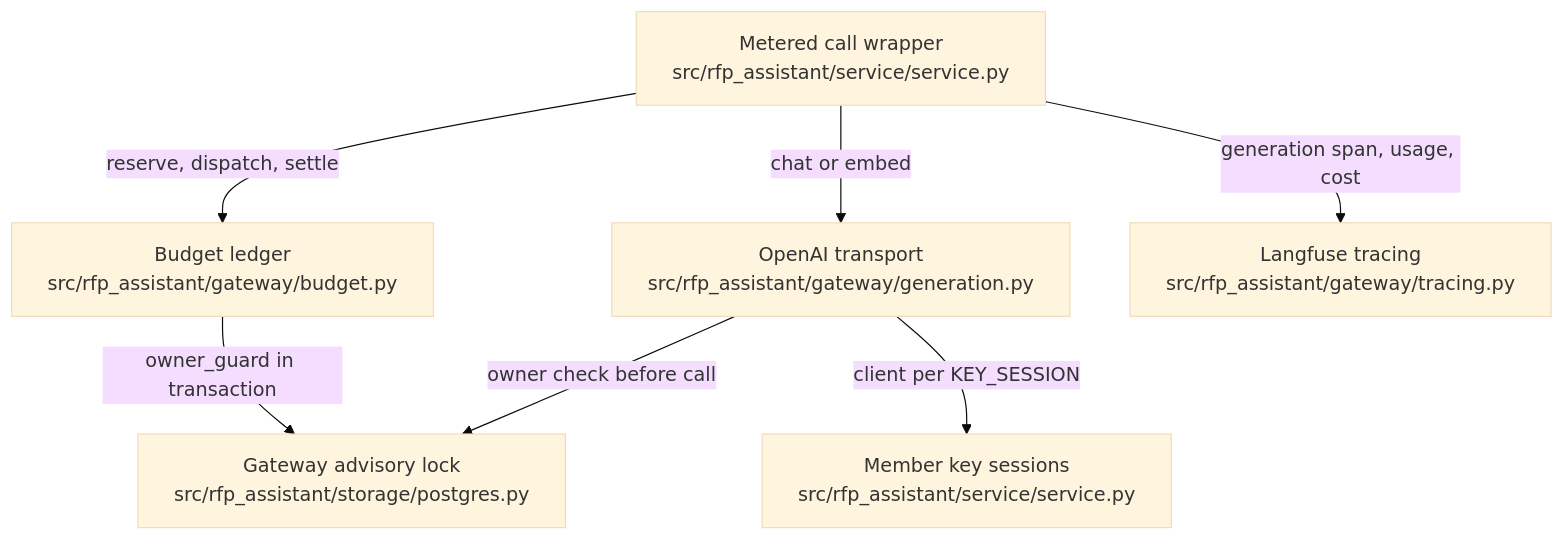
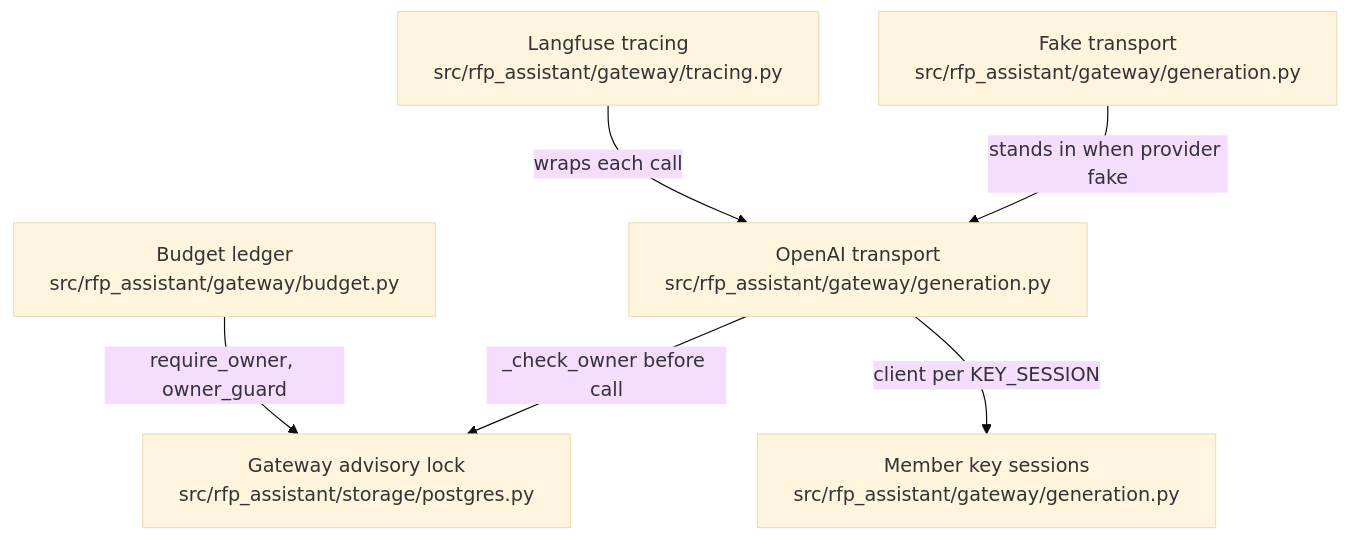
Before and after one commit to littleeeeebit/project-codeit-mid: the diagram in .omm/overall-architecture/paid-gateway/diagram.mmd, drawn with Mermaid (base theme). The commit also changed 398 other files, not shown here.

```diff
--- a/.omm/overall-architecture/paid-gateway/diagram.mmd
+++ b/.omm/overall-architecture/paid-gateway/diagram.mmd
@@ -1,13 +1,12 @@
 graph TD
-  metered-call["Metered call wrapper\nsrc/rfp_assistant/service/service.py"]
-  budget-ledger["Budget ledger\nsrc/rfp_assistant/gateway/budget.py"]
-  gateway-owner["Gateway advisory lock\nsrc/rfp_assistant/storage/postgres.py"]
-  openai-transport["OpenAI transport\nsrc/rfp_assistant/gateway/generation.py"]
-  key-sessions["Member key sessions\nsrc/rfp_assistant/service/service.py"]
+  ledger["Budget ledger\nsrc/rfp_assistant/gateway/budget.py"]
+  transport["OpenAI transport\nsrc/rfp_assistant/gateway/generation.py"]
+  key-sessions["Member key sessions\nsrc/rfp_assistant/gateway/generation.py"]
+  owner-lock["Gateway advisory lock\nsrc/rfp_assistant/storage/postgres.py"]
   tracing["Langfuse tracing\nsrc/rfp_assistant/gateway/tracing.py"]
-  metered-call -->|reserve, dispatch, settle| budget-ledger
-  budget-ledger -->|owner_guard in transaction| gateway-owner
-  metered-call -->|chat or embed| openai-transport
-  openai-transport -->|client per KEY_SESSION| key-sessions
-  openai-transport -->|owner check before call| gateway-owner
-  metered-call -->|generation span, usage, cost| tracing
+  fake["Fake transport\nsrc/rfp_assistant/gateway/generation.py"]
+  ledger -->|"require_owner, owner_guard"| owner-lock
+  transport -->|"_check_owner before call"| owner-lock
+  transport -->|"client per KEY_SESSION"| key-sessions
+  tracing -->|"wraps each call"| transport
+  fake -->|"stands in when provider fake"| transport
```
